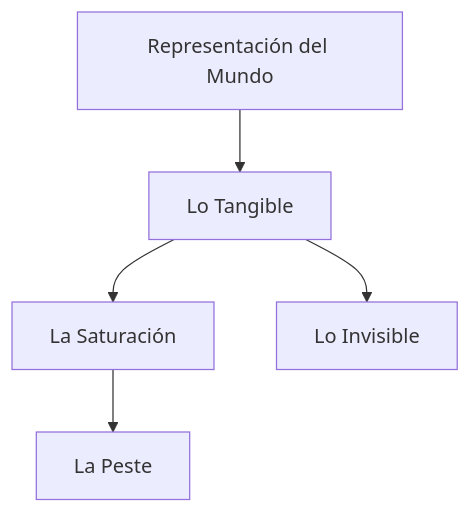
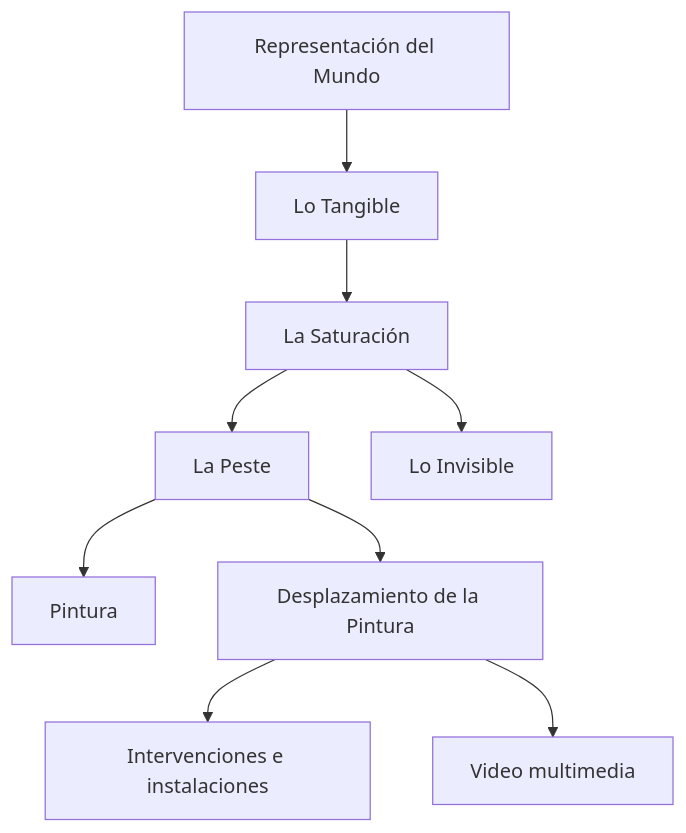
One commit to EGGS-Artesvisuales/EGGS-Artesvisuales.github.io changed the diagram in ES/saturacion.md. Above: the diagram before and after it, drawn with Mermaid. The commit also changed other lines of this file, not shown here.

```diff
--- a/ES/saturacion.md
+++ b/ES/saturacion.md
@@ -34,16 +34,24 @@
 <div class="mermaid">
 graph TD
     A[Representación del Mundo]
     A1[Lo Tangible]
     LS[La Saturación]
+    LP[La Peste]
     LI[Lo Invisible]
-    LP[La Peste]
+    P[Pintura]
+    DP[Desplazamiento de la Pintura]
+    DPI[Intervenciones e instalaciones]
+    DPV[Video multimedia]
 
     A --> A1
     A1 --> LS
-    A1 --> LI
     LS --> LP
+    LS --> LI
+    LP --> P
+    LP --> DP
+    DP --> DPI
+    DP --> DPV
 
     click LS "/la-saturacion.html" "Ir a La Saturación"
     click LP "/la-peste.html" "Ir a La Peste"
 </div>
```
